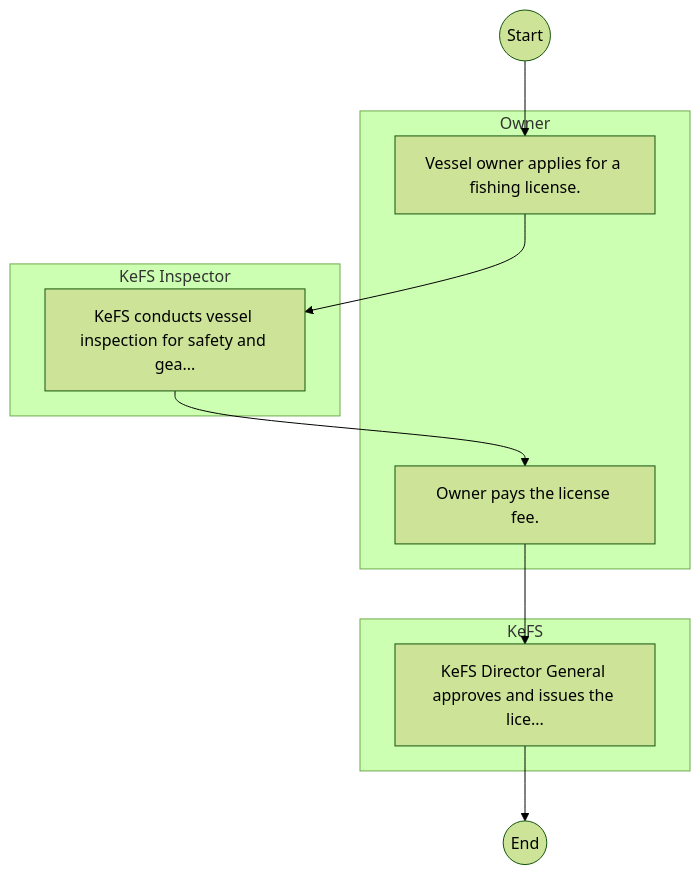
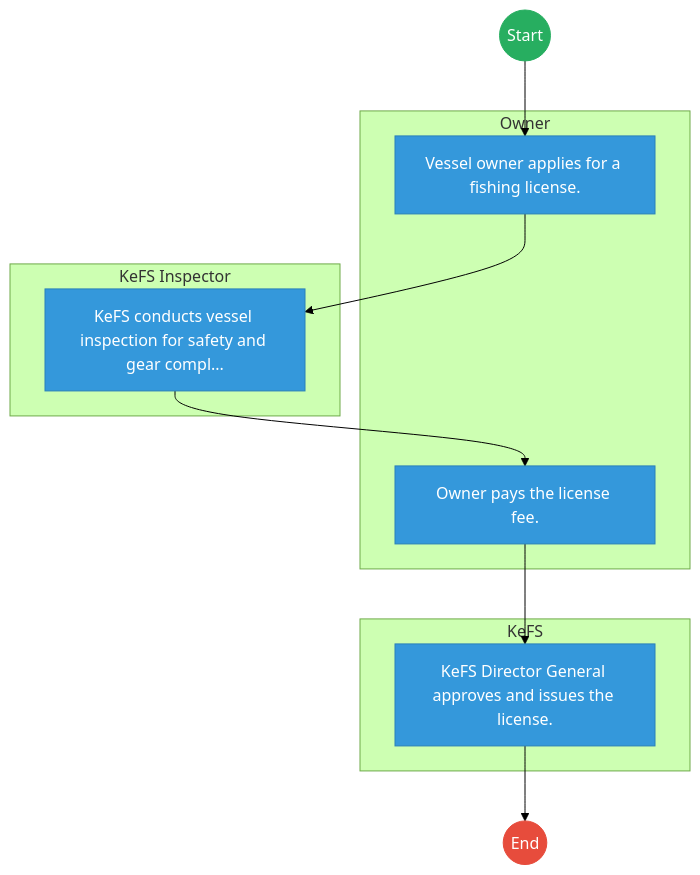
One commit to BITZ-IT-Consulting-LTD/ictapoc changed the first of 2 diagrams in mdas/docs_final/Kenya_Fisheries_Service___Service_Delivery.md. Above: the diagram before and after it, drawn with Mermaid (forest theme). The commit also changed other lines of this file and 461 other files, not shown here.

````diff
--- a/mdas/docs_final/Kenya_Fisheries_Service___Service_Delivery.md
+++ b/mdas/docs_final/Kenya_Fisheries_Service___Service_Delivery.md
@@ -20,18 +20,30 @@
 ```mermaid
 graph TD
     Start((Start)) --> S1
+
     subgraph Owner [Owner]
         S1["Vessel owner applies for a fishing license."]
         S3["Owner pays the license fee."]
     end
-    subgraph KeFSInspector [KeFS Inspector]
-        S2["KeFS conducts vessel inspection for safety and gea..."]
+
+    subgraph KeFS_Inspector [KeFS Inspector]
+        S2["KeFS conducts vessel inspection for safety and gear compl..."]
     end
+
     subgraph KeFS [KeFS]
-        S4["KeFS Director General approves and issues the lice..."]
+        S4["KeFS Director General approves and issues the license."]
     end
     S1 --> S2
     S2 --> S3
     S3 --> S4
     S4 --> End((End))
+
+    classDef start fill:#27ae60,stroke:#27ae60,color:#fff;
+    classDef endNode fill:#e74c3c,stroke:#e74c3c,color:#fff;
+    classDef userTask fill:#3498db,stroke:#2980b9,color:#fff;
+    classDef serviceTask fill:#9b59b6,stroke:#8e44ad,color:#fff;
+
+    class Start start;
+    class End endNode;
+    class S1,S2,S3,S4 userTask;
 ```
````
